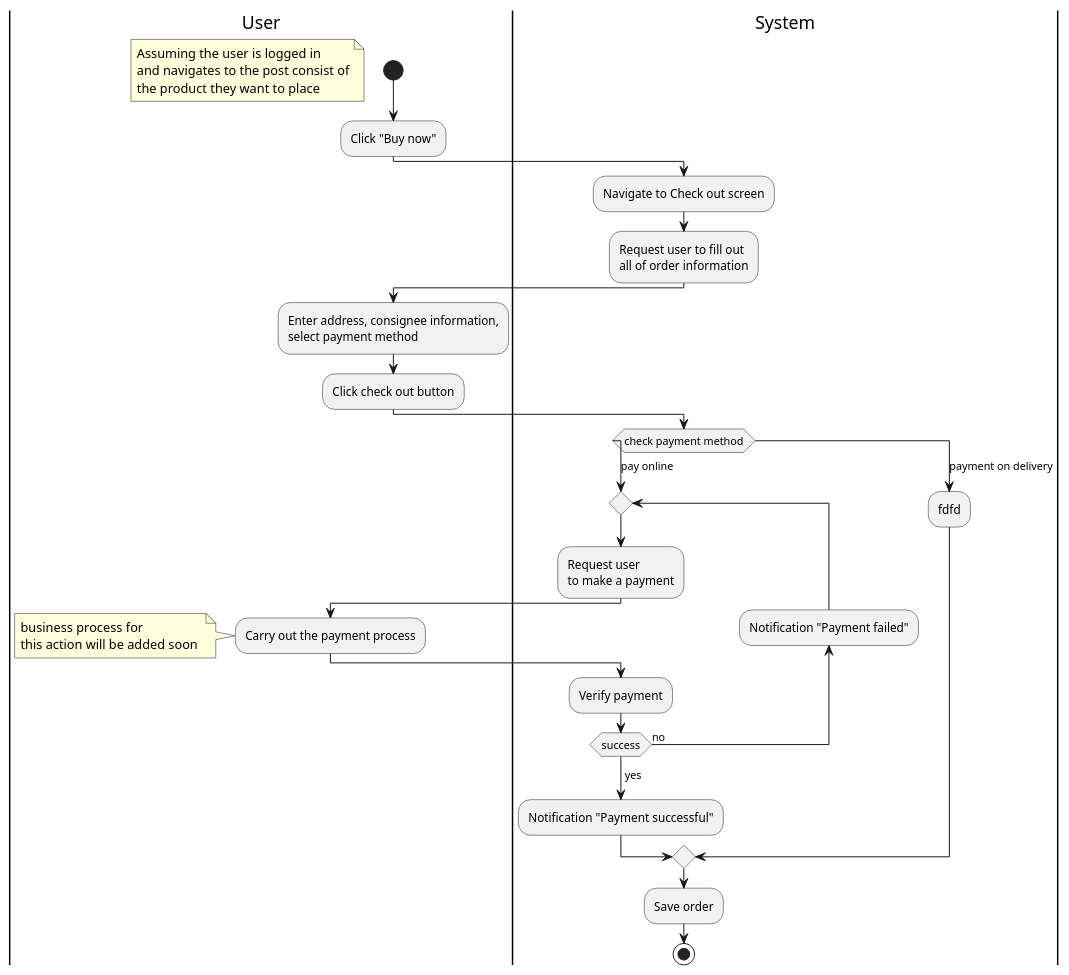
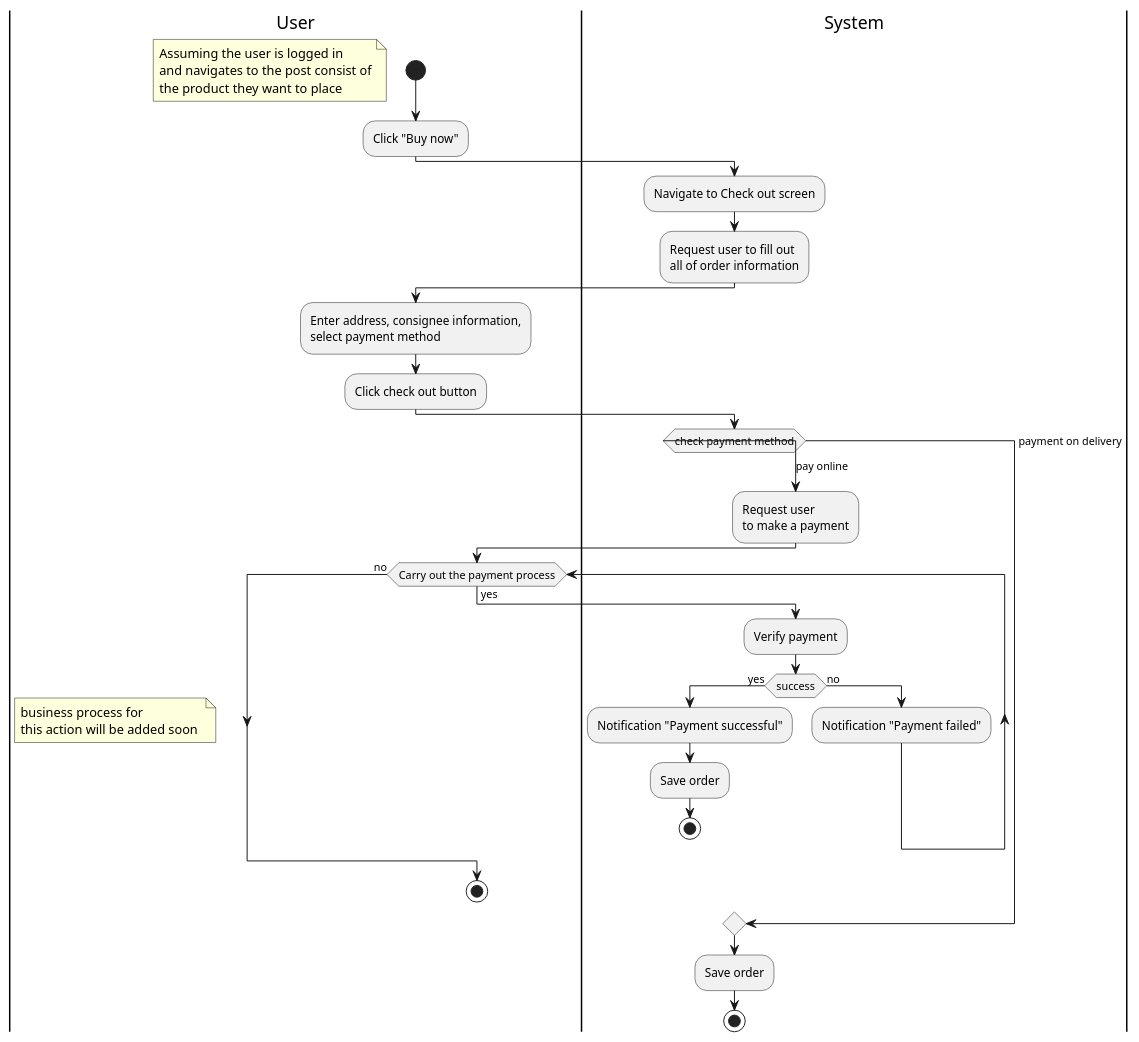
Before and after one commit to doublek2712/SE357-Pratice-class: the diagram in Lab 1.2/puml-code/activity/place-order.puml, drawn with PlantUML. The commit also changed 1 other file, not shown here.

Commit message:
change place-order acti

```diff
--- a/Lab 1.2/puml-code/activity/place-order.puml
+++ b/Lab 1.2/puml-code/activity/place-order.puml
@@ -1,42 +1,47 @@
 @startuml
 |User|
 start
 floating note left
 Assuming the user is logged in 
 and navigates to the post consist of
 the product they want to place
 end note
 
 :Click "Buy now";
 |System|
 :Navigate to Check out screen;
 :Request user to fill out 
 all of order information;
 |User|
 :Enter address, consignee information,
 select payment method;
 :Click check out button;
 |System|
 switch (check payment method) 
 case (pay online)
-   repeat
       :Request user 
 to make a payment;
       |User|
-      :Carry out the payment process;
-      note left
-      business process for 
-      this action will be added soon 
-      end note
-      |System|
-      :Verify payment;
-   backward :Notification "Payment failed";
-   repeat while (success) is (no) 
-   -> yes;
-   :Notification "Payment successful";
+      while (Carry out the payment process) is (yes) 
+         note left
+         business process for 
+         this action will be added soon 
+         end note
+         |System|
+         :Verify payment;
+         if (success) then (yes)
+         :Notification "Payment successful";
+         :Save order;
+         stop
+         else (no)
+            :Notification "Payment failed";
+         endif
+      |User|
+      endwhile (no)
+         stop
+|System|
 case (payment on delivery)
-   :fdfd;
 endswitch
 :Save order;
 stop
 @enduml
```
